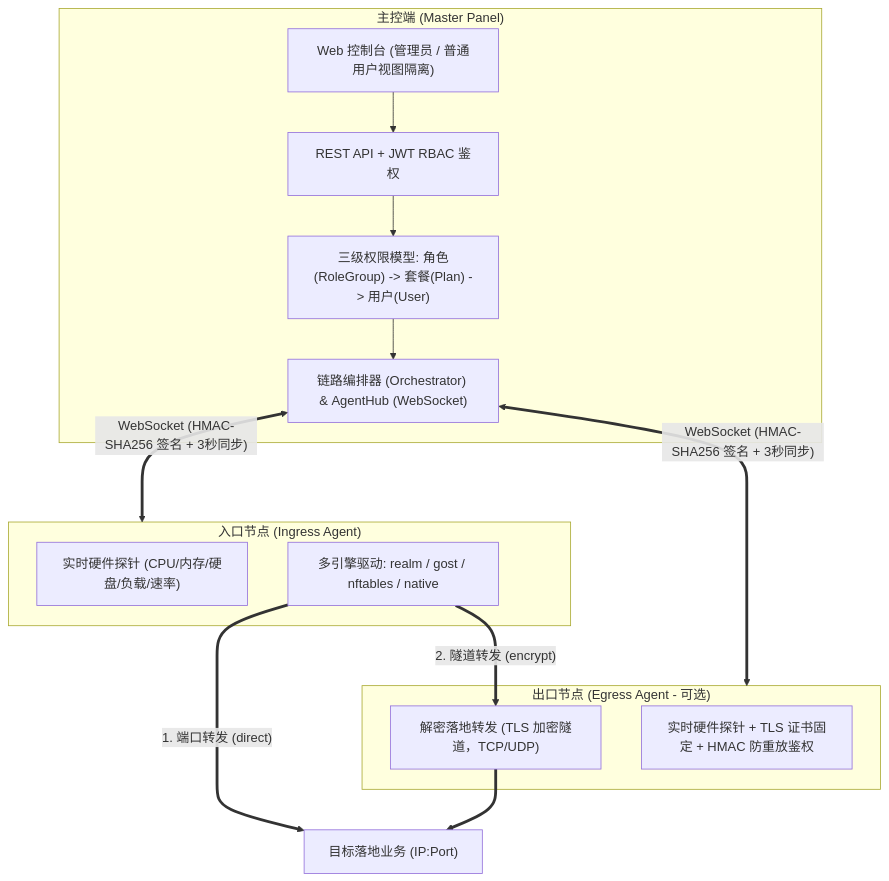
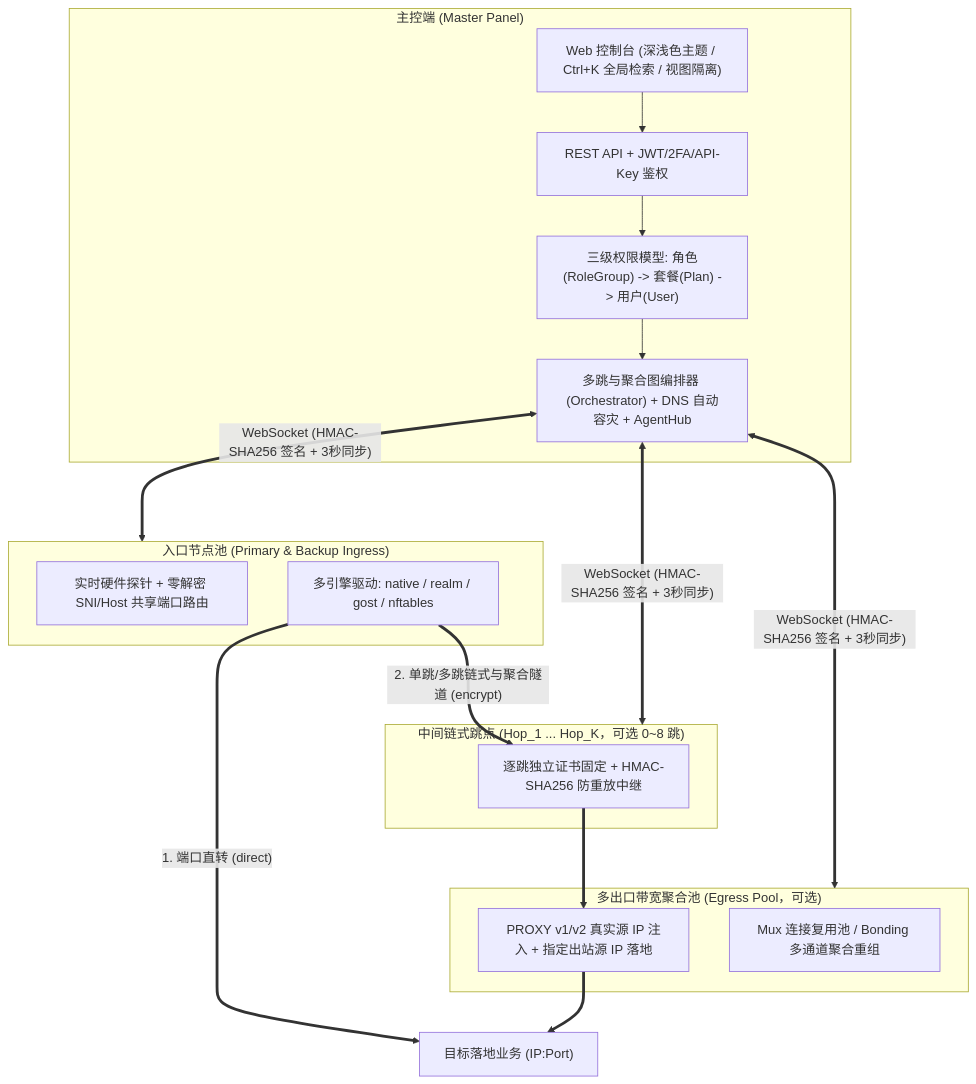
Before and after one commit to huge1225/zachary-panel: the first of 2 diagrams in DEPLOYMENT_AND_USAGE.md, drawn with Mermaid. The commit also changed other lines of this file and 24 other files, not shown here.

Commit message:
feat: add multi-hop chaining, bandwidth aggregation, SNI routing, PROXY protocol, outbound IP, dynamic quotas, and DNS HA failover

````diff
--- a/DEPLOYMENT_AND_USAGE.md
+++ b/DEPLOYMENT_AND_USAGE.md
@@ -9,25 +9,30 @@
 ```mermaid
 flowchart TB
   subgraph Master["主控端 (Master Panel)"]
-    UI["Web 控制台 (管理员 / 普通用户视图隔离)"]
-    API["REST API + JWT RBAC 鉴权"]
+    UI["Web 控制台 (深浅色主题 / Ctrl+K 全局检索 / 视图隔离)"]
+    API["REST API + JWT/2FA/API-Key 鉴权"]
     RBAC["三级权限模型: 角色(RoleGroup) -> 套餐(Plan) -> 用户(User)"]
-    Orch["链路编排器 (Orchestrator) & AgentHub (WebSocket)"]
+    Orch["多跳与聚合图编排器 (Orchestrator) + DNS 自动容灾 + AgentHub"]
   end
 
-  subgraph Ingress["入口节点 (Ingress Agent)"]
-    M1["实时硬件探针 (CPU/内存/硬盘/负载/速率)"]
-    E1["多引擎驱动: realm / gost / nftables / native"]
+  subgraph Ingress["入口节点池 (Primary & Backup Ingress)"]
+    M1["实时硬件探针 + 零解密 SNI/Host 共享端口路由"]
+    E1["多引擎驱动: native / realm / gost / nftables"]
   end
 
-  subgraph Egress["出口节点 (Egress Agent - 可选)"]
-    M2["实时硬件探针 + TLS 证书固定 + HMAC 防重放鉴权"]
-    E2["解密落地转发 (TLS 加密隧道，TCP/UDP)"]
+  subgraph Hops["中间链式跳点 (Hop_1 ... Hop_K，可选 0~8 跳)"]
+    H1["逐跳独立证书固定 + HMAC-SHA256 防重放中继"]
+  end
+
+  subgraph Egress["多出口带宽聚合池 (Egress Pool，可选)"]
+    M2["Mux 连接复用池 / Bonding 多通道聚合重组"]
+    E2["PROXY v1/v2 真实源 IP 注入 + 指定出站源 IP 落地"]
   end
 
   UI --> API --> RBAC --> Orch
   Orch <==>|"WebSocket (HMAC-SHA256 签名 + 3秒同步)"| Ingress
+  Orch <==>|"WebSocket (HMAC-SHA256 签名 + 3秒同步)"| Hops
   Orch <==>|"WebSocket (HMAC-SHA256 签名 + 3秒同步)"| Egress
-  E1 ==>|"1. 端口转发 (direct)"| Target["目标落地业务 (IP:Port)"]
-  E1 ==>|"2. 隧道转发 (encrypt)"| E2 ==> Target
+  E1 ==>|"1. 端口直转 (direct)"| Target["目标落地业务 (IP:Port)"]
+  E1 ==>|"2. 单跳/多跳链式与聚合隧道 (encrypt)"| H1 ==> E2 ==> Target
 ```
````
